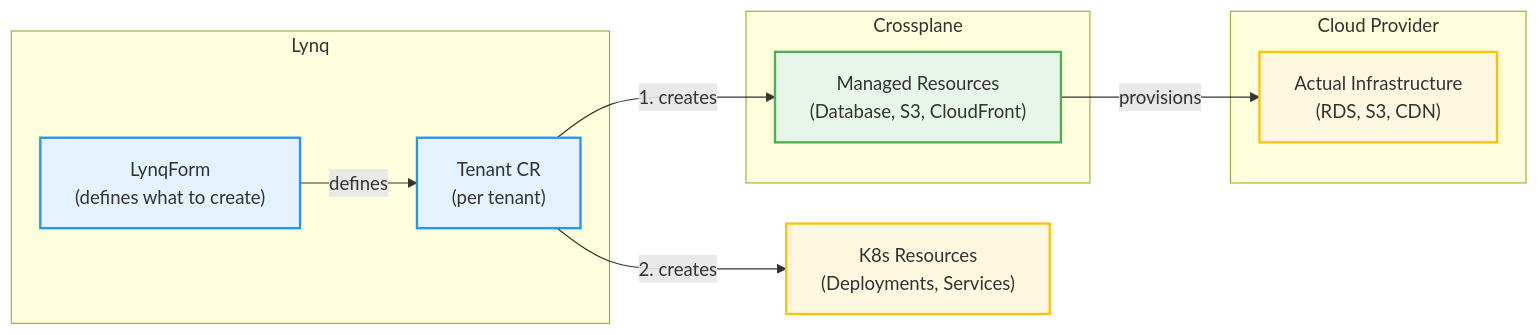
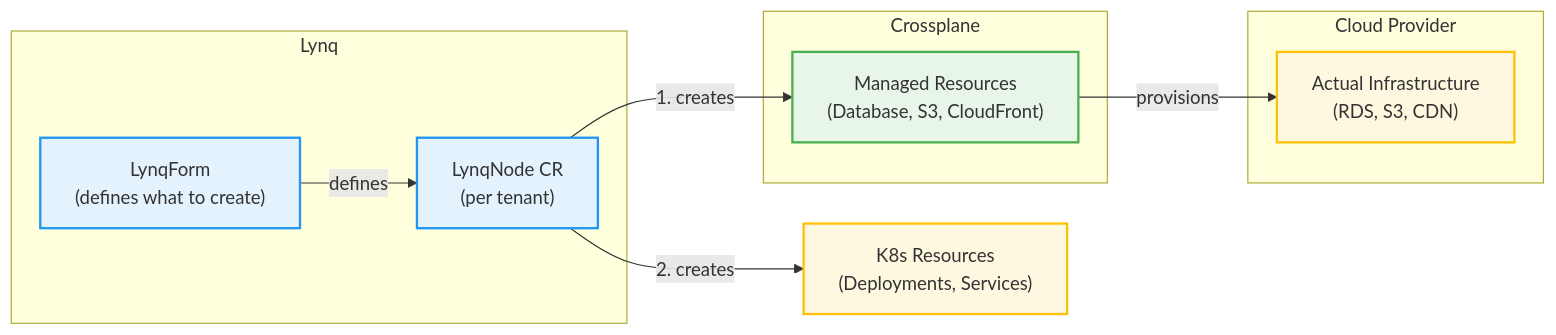
The first of 2 diagrams in docs/integration-crossplane.md (kubernetes-tenants/tenant-operator), drawn with Mermaid before and after one commit. The commit also changed other lines of this file and 20 other files, not shown here.

Commit message:
Update documentation to use LynqNode instead of Tenant

````diff
--- a/docs/integration-crossplane.md
+++ b/docs/integration-crossplane.md
@@ -15,28 +15,28 @@
 ```mermaid
 flowchart LR
     subgraph TO["Lynq"]
         Template["LynqForm<br/>(defines what to create)"]
-        Tenant["Tenant CR<br/>(per tenant)"]
+        Tenant["LynqNode CR<br/>(per tenant)"]
     end
 
     subgraph XP["Crossplane"]
         ManagedRes["Managed Resources<br/>(Database, S3, CloudFront)"]
     end
 
     subgraph Cloud["Cloud Provider"]
         CloudRes["Actual Infrastructure<br/>(RDS, S3, CDN)"]
     end
 
     Template -->|"defines"| Tenant
     Tenant -->|"1. creates"| ManagedRes
     Tenant -->|"2. creates"| K8s["K8s Resources<br/>(Deployments, Services)"]
     ManagedRes -->|"provisions"| CloudRes
 
     classDef tenant fill:#e3f2fd,stroke:#2196f3,stroke-width:2px;
     classDef crossplane fill:#e8f5e9,stroke:#4caf50,stroke-width:2px;
     classDef cloud fill:#fff8e1,stroke:#ffc107,stroke-width:2px;
 
     class Template,Tenant tenant;
     class ManagedRes crossplane;
     class CloudRes,K8s cloud;
 ```
````
